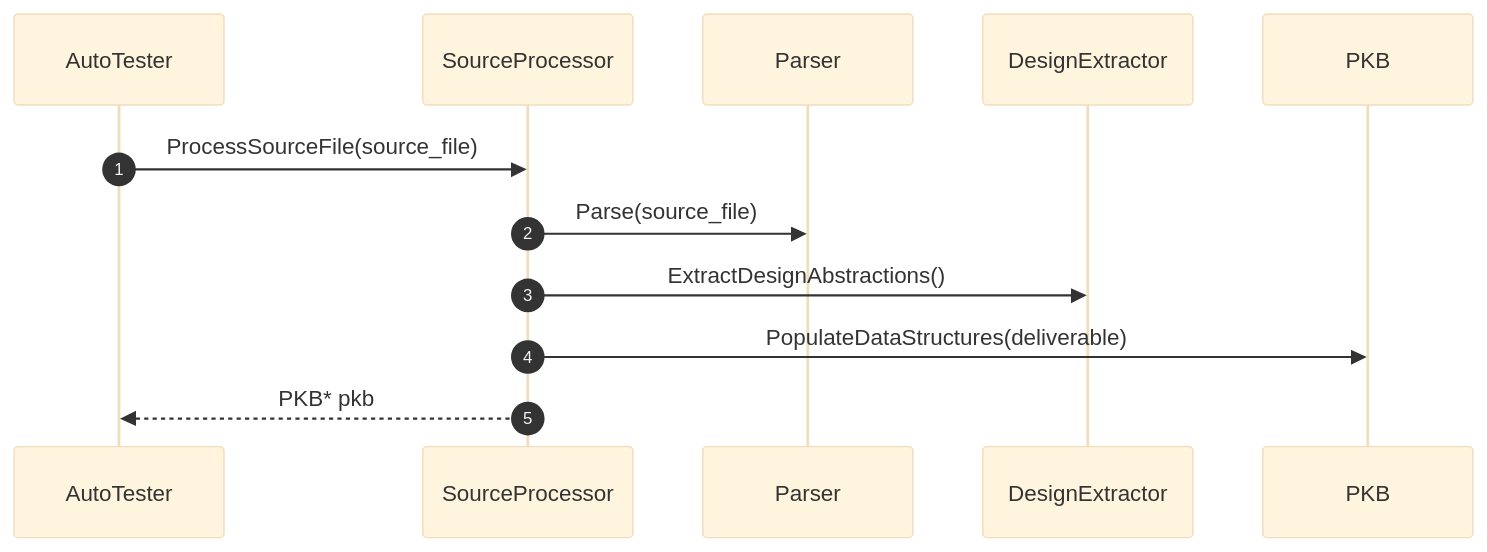
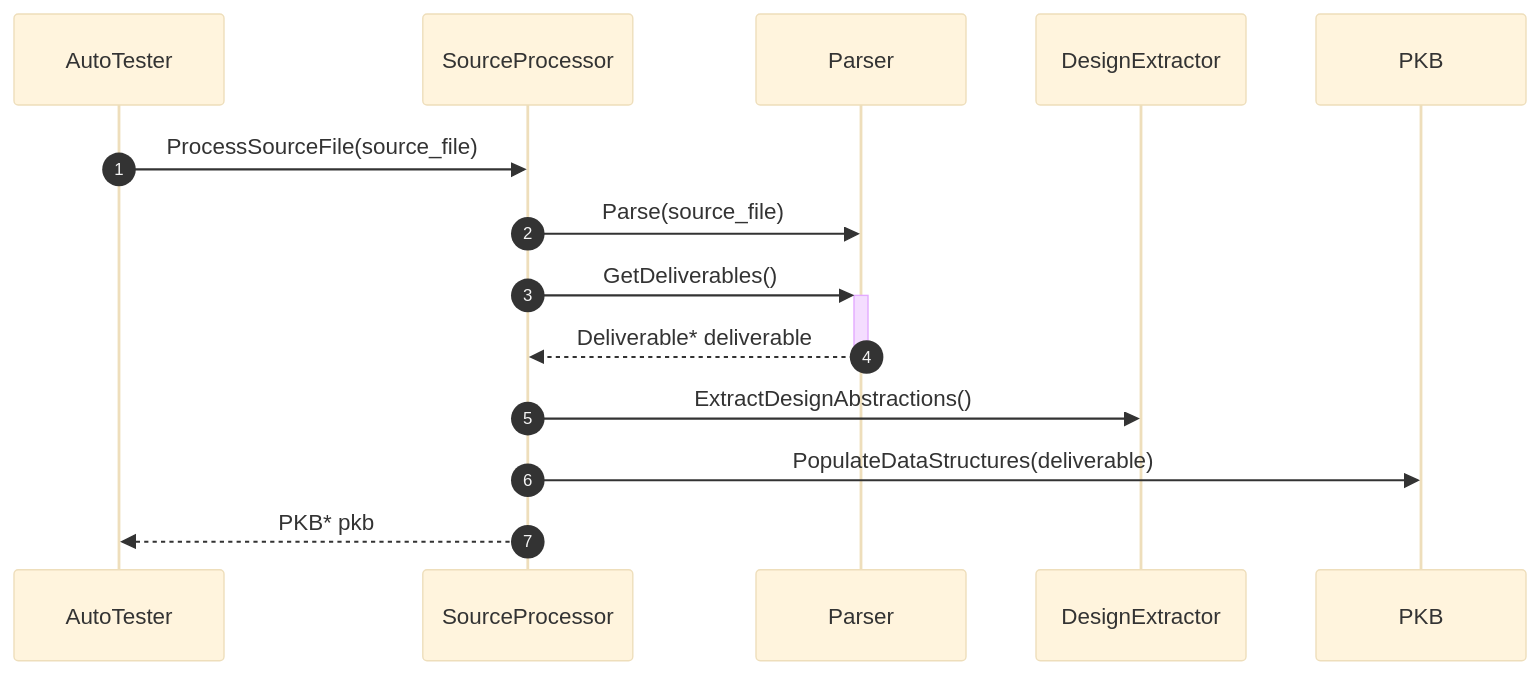
Before and after one commit to rtshkmr/CS3203-StaticProgramAnalyzer: the diagram in docs/sd/FrontendOverview.mmd, drawn with Mermaid (base theme).

```diff
--- a/docs/sd/FrontendOverview.mmd
+++ b/docs/sd/FrontendOverview.mmd
@@ -1,20 +1,22 @@
 sequenceDiagram
     autonumber
     participant AutoTester
     participant SourceProcessor
     participant Parser
     participant DesignExtractor
     participant PKB
 
     %% Assumption: This sd only focus on parsing %
     AutoTester ->> SourceProcessor: ProcessSourceFile(source_file)
 
         SourceProcessor ->> Parser: Parse(source_file)
+        SourceProcessor ->>+ Parser: GetDeliverables()
+        Parser -->>- SourceProcessor: Deliverable* deliverable
 
         %% Transitive => Parents*, Children* Follows*, FollowedBy* Use, UsedBy, Modifies, ModifiesBy
         SourceProcessor ->> DesignExtractor: ExtractDesignAbstractions()
 
         SourceProcessor ->> PKB: PopulateDataStructures(deliverable)
         %% By right, AST should not be used for resolving queries (anything, we try to add aux Data Structures)
     SourceProcessor -->> AutoTester: PKB* pkb
     %% This program ends when preprocessing is finish %%
```
